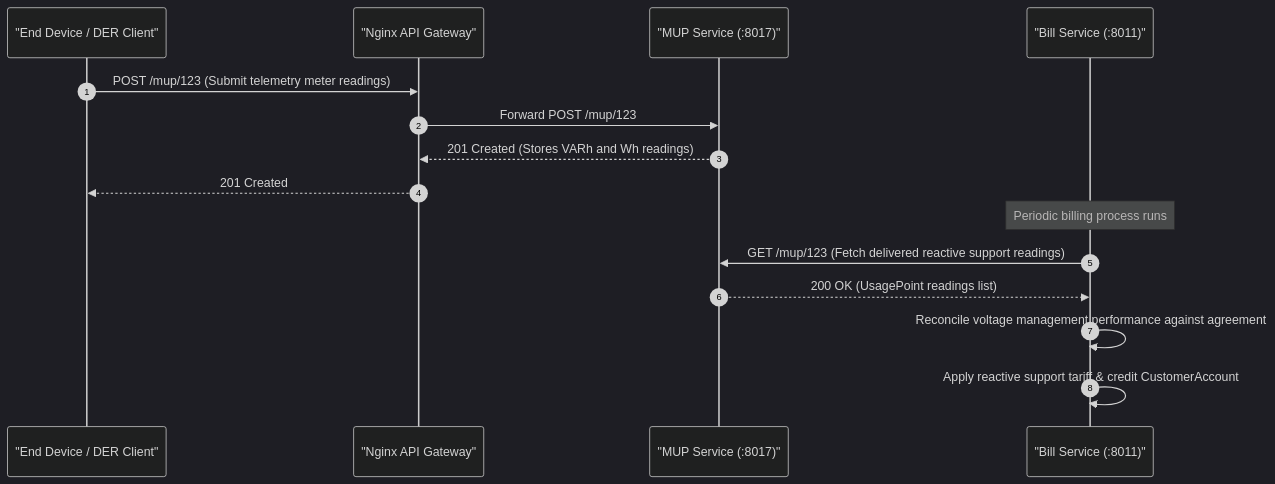
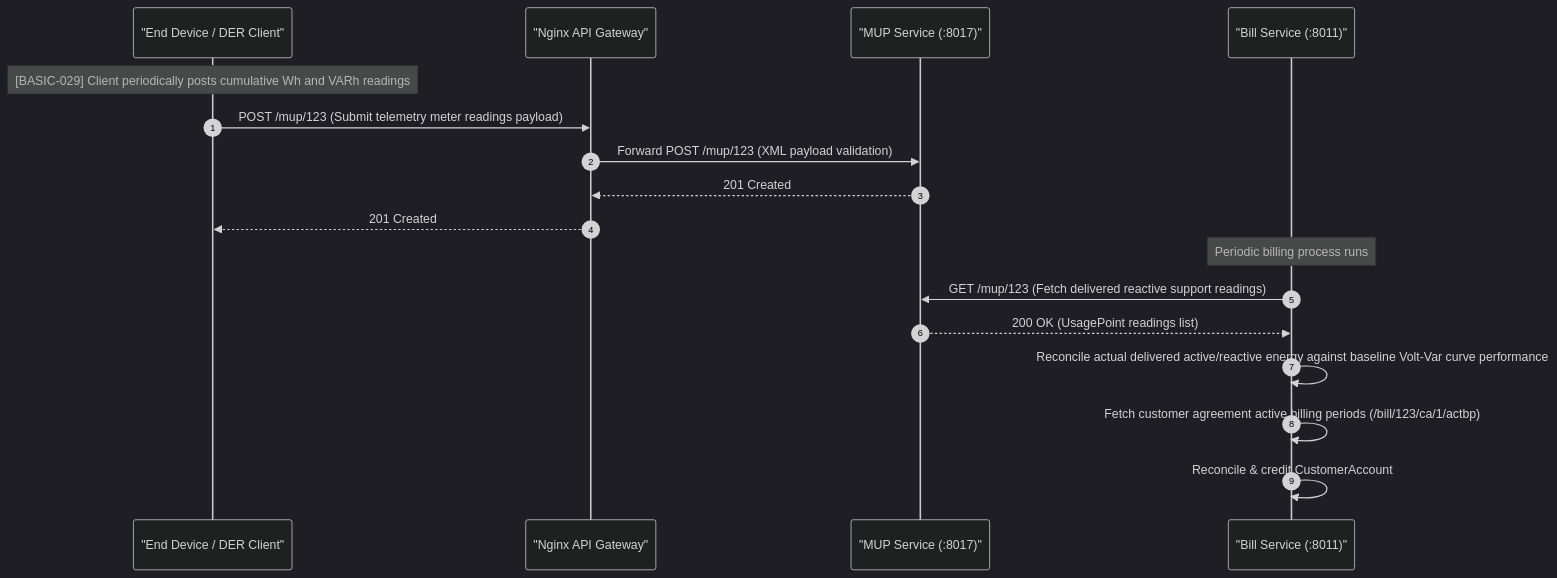
The sixth of 6 diagrams in lifecycles/voltage_management.md (Tylores/egot), drawn with Mermaid (dark theme) before and after one commit. The commit also changed other lines of this file and 68 other files, not shown here.

Commit message:
refactor: migrate to microservices architecture, add validation tools and scenario tests

````diff
--- a/lifecycles/voltage_management.md
+++ b/lifecycles/voltage_management.md
@@ -124,19 +193,22 @@
 ```mermaid
 sequenceDiagram
     autonumber
     participant Client as "End Device / DER Client"
     participant GW as "Nginx API Gateway"
     participant MUP as "MUP Service (:8017)"
     participant Bill as "Bill Service (:8011)"
 
-    Client->>GW: POST /mup/123 (Submit telemetry meter readings)
-    GW->>MUP: Forward POST /mup/123
-    MUP-->>GW: 201 Created (Stores VARh and Wh readings)
+    Note over Client: [BASIC-029] Client periodically posts cumulative Wh and VARh readings
+    Client->>GW: POST /mup/123 (Submit telemetry meter readings payload)
+    GW->>MUP: Forward POST /mup/123 (XML payload validation)
+    MUP-->>GW: 201 Created
     GW-->>Client: 201 Created
 
     Note over Bill: Periodic billing process runs
     Bill->>MUP: GET /mup/123 (Fetch delivered reactive support readings)
     MUP-->>Bill: 200 OK (UsagePoint readings list)
-    Bill->>Bill: Reconcile voltage management performance against agreement
-    Bill->>Bill: Apply reactive support tariff & credit CustomerAccount
+    
+    Bill->>Bill: Reconcile actual delivered active/reactive energy against baseline Volt-Var curve performance
+    Bill->>Bill: Fetch customer agreement active billing periods (/bill/123/ca/1/actbp)
+    Bill->>Bill: Reconcile & credit CustomerAccount
 ```
````
